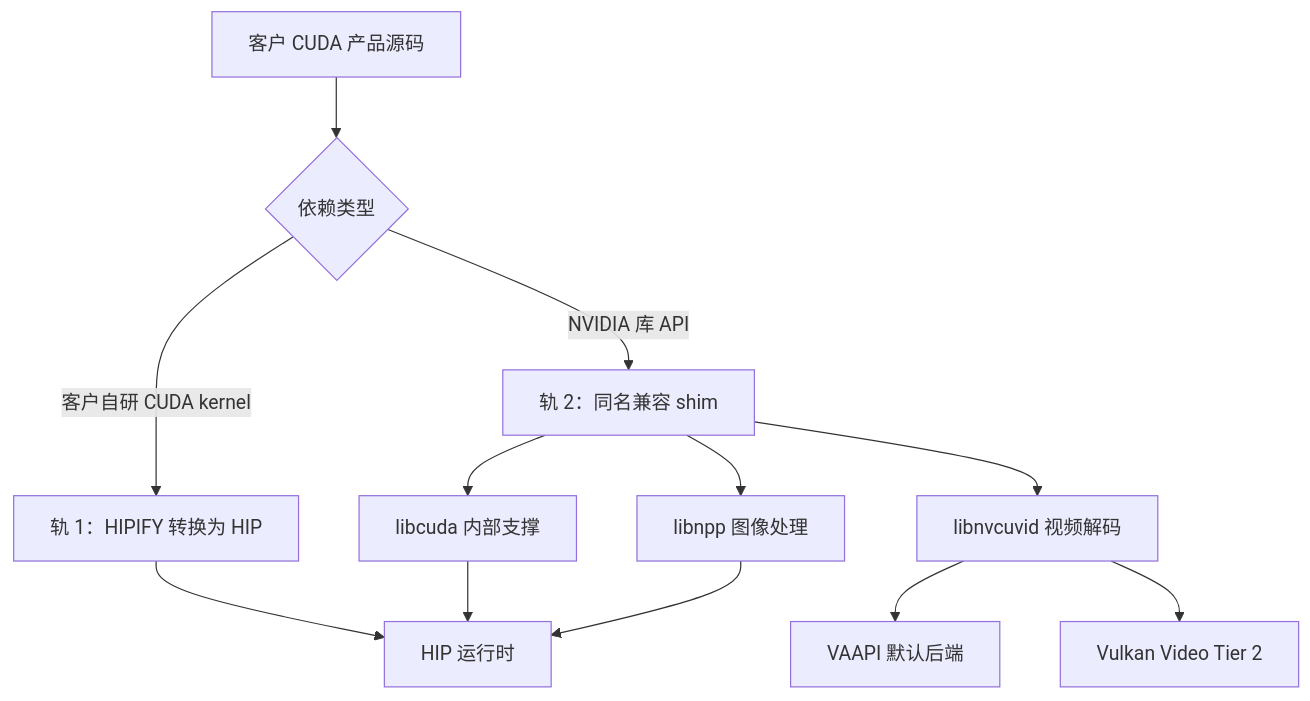
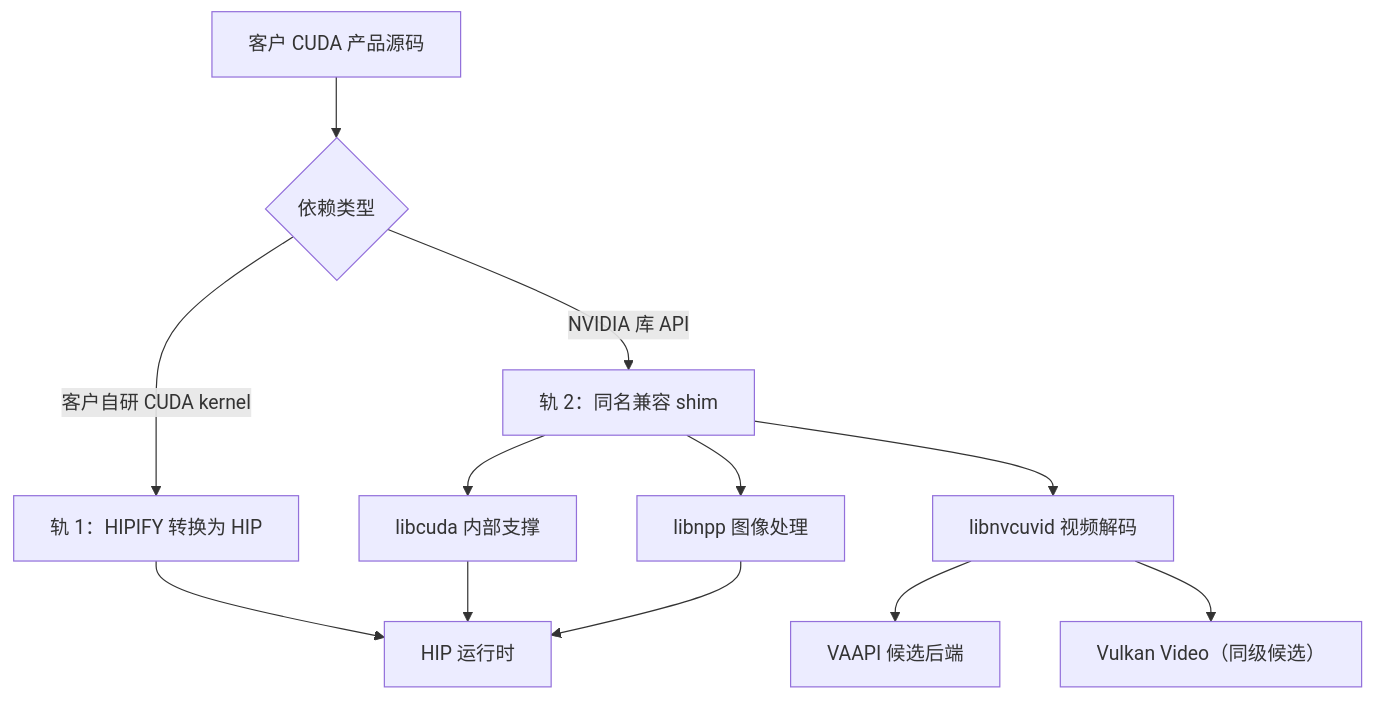
Before and after one commit to zhouxinCHN/cuda-video-compat: the first of 7 diagrams in docs/architecture/CUDA兼容层总体方案.md, drawn with Mermaid. The commit also changed other lines of this file and 122 other files, not shown here.

````diff
--- a/docs/architecture/CUDA兼容层总体方案.md
+++ b/docs/architecture/CUDA兼容层总体方案.md
@@ -107,14 +109,14 @@
 ```mermaid
 flowchart TB
     A["客户 CUDA 产品源码"] --> B{"依赖类型"}
     B -->|"客户自研 CUDA kernel"| C["轨 1：HIPIFY 转换为 HIP"]
     B -->|"NVIDIA 库 API"| D["轨 2：同名兼容 shim"]
     C --> E["HIP 运行时"]
     D --> F["libcuda 内部支撑"]
     D --> G["libnvcuvid 视频解码"]
     D --> H["libnpp 图像处理"]
-    G --> I["VAAPI 默认后端"]
-    G --> J["Vulkan Video Tier 2"]
+    G --> I["VAAPI 候选后端"]
+    G --> J["Vulkan Video（同级候选）"]
     F --> E
     H --> E
 ```
````
